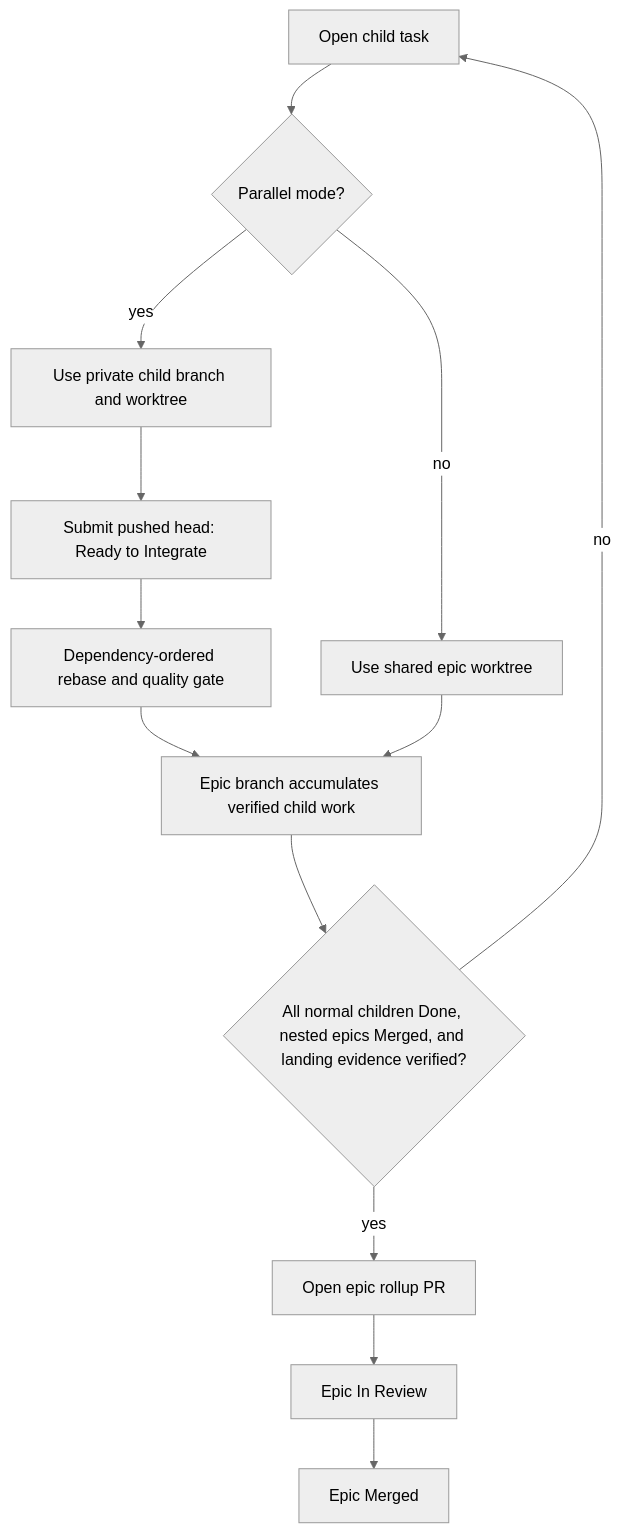
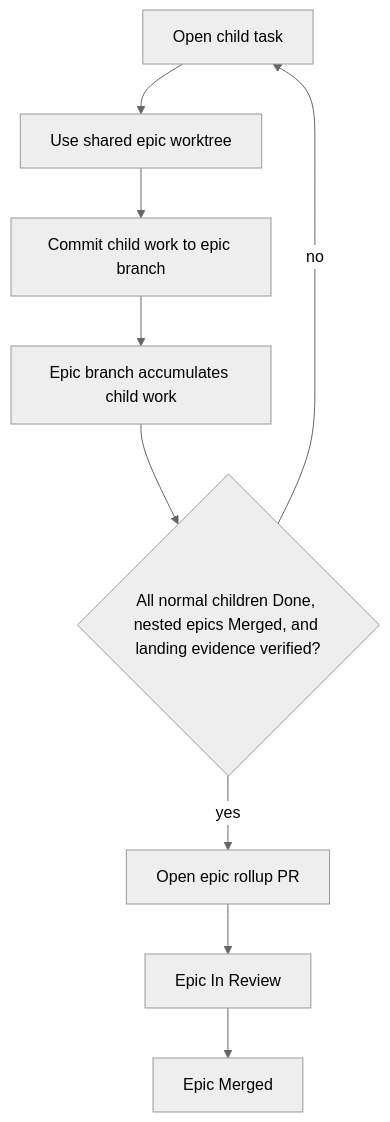
One commit to lesserevil/oompah changed the fourth of 5 diagrams in docs/task-epic-workflow.md. Above: the diagram before and after it, drawn with Mermaid (neutral theme). The commit also changed other lines of this file and 17 other files, not shown here.

````diff
--- a/docs/task-epic-workflow.md
+++ b/docs/task-epic-workflow.md
@@ -177,15 +187,11 @@
 ```mermaid
 flowchart TD
-    ChildOpen[Open child task] --> Mode{Parallel mode?}
-    Mode -- no --> SharedWork[Use shared epic worktree]
-    Mode -- yes --> PrivateWork[Use private child branch and worktree]
-    PrivateWork --> Ready[Submit pushed head: Ready to Integrate]
-    Ready --> Ordered[Dependency-ordered rebase and quality gate]
-    Ordered --> EpicBranch[Epic branch accumulates verified child work]
-    SharedWork --> EpicBranch
+    ChildOpen[Open child task] --> SharedWork[Use shared epic worktree]
+    SharedWork --> SharedBranch[Commit child work to epic branch]
+    SharedBranch --> EpicBranch[Epic branch accumulates child work]
     EpicBranch --> ChildrenDone{All normal children Done, nested epics Merged, and landing evidence verified?}
     ChildrenDone -- no --> ChildOpen
     ChildrenDone -- yes --> RollupPR[Open epic rollup PR]
     RollupPR --> EpicReview[Epic In Review]
     EpicReview --> EpicMerged[Epic Merged]
 ```
````
